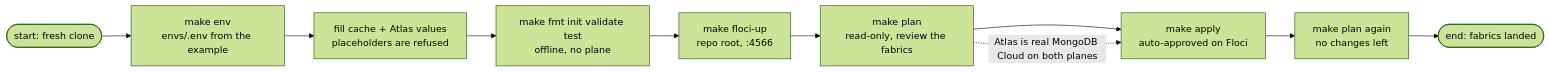
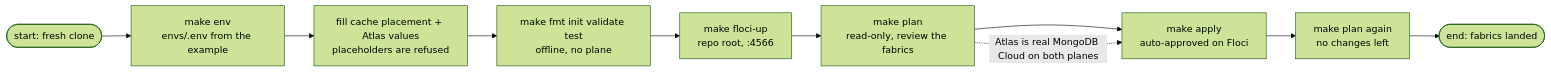
Before and after one commit to kunalPisolkar24/detectAI: the diagram in infra/docs/getting-started/quickstart.md, drawn with Mermaid (forest theme). The commit also changed other lines of this file and 48 other files, not shown here.

````diff
--- a/infra/docs/getting-started/quickstart.md
+++ b/infra/docs/getting-started/quickstart.md
@@ -76,12 +75,12 @@
 ```mermaid
 graph LR
     START(["start: fresh clone"]) --> ENV["make env<br/>envs/.env from the example"]
-    ENV --> FILL["fill cache + Atlas values<br/>placeholders are refused"]
+    ENV --> FILL["fill cache placement + Atlas values<br/>placeholders are refused"]
     FILL --> GATE["make fmt init validate test<br/>offline, no plane"]
     GATE --> EMU["make floci-up<br/>repo root, :4566"]
     EMU --> PLAN["make plan<br/>read-only, review the fabrics"]
     PLAN --> APPLY["make apply<br/>auto-approved on Floci"]
     APPLY --> VERIFY["make plan again<br/>no changes left"]
     VERIFY --> END(["end: fabrics landed"])
     PLAN -.->|"Atlas is real MongoDB Cloud on both planes"| APPLY
 ```
````
